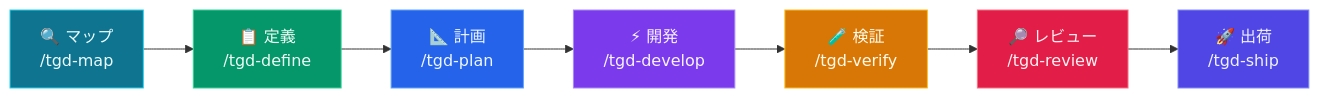
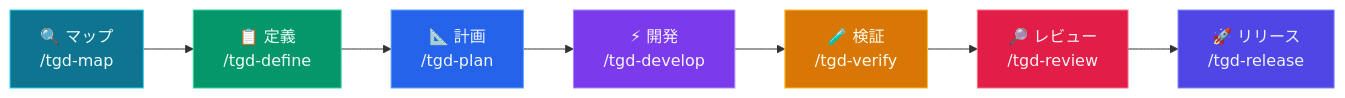
Before and after one commit to openclawyhwang-hub/tGD: the diagram in README.ja.md, drawn with Mermaid. The commit also changed other lines of this file and 29 other files, not shown here.

First line of the commit message:
refactor: rename /tgd-ship → /tgd-release across all platforms and docs

````diff
--- a/README.ja.md
+++ b/README.ja.md
@@ -187,26 +193,26 @@
 ```mermaid
 flowchart LR
     A["🔍 マップ\n/tgd-map"] --> B["📋 定義\n/tgd-define"]
     B --> C["📐 計画\n/tgd-plan"]
     C --> D["⚡ 開発\n/tgd-develop"]
     D --> E["🧪 検証\n/tgd-verify"]
     E --> F["🔎 レビュー\n/tgd-review"]
-    F --> G["🚀 出荷\n/tgd-ship"]
+    F --> G["🚀 リリース\n/tgd-release"]
 
     classDef cyan fill:#0e7490,color:#ecfeff,stroke:#22d3ee
     classDef green fill:#059669,color:#ecfdf5,stroke:#34d399
     classDef blue fill:#2563eb,color:#eff6ff,stroke:#60a5fa
     classDef purple fill:#7c3aed,color:#f5f3ff,stroke:#a78bfa
     classDef amber fill:#d97706,color:#fffbeb,stroke:#fbbf24
     classDef rose fill:#e11d48,color:#fff1f2,stroke:#fb7185
     classDef teal fill:#0d9488,color:#f0fdfa,stroke:#5eead4
     classDef indigo fill:#4f46e5,color:#eef2ff,stroke:#818cf8
 
     class A cyan
     class B green
     class C blue
     class D purple
     class E amber
     class F rose
     class G indigo
 ```
````
